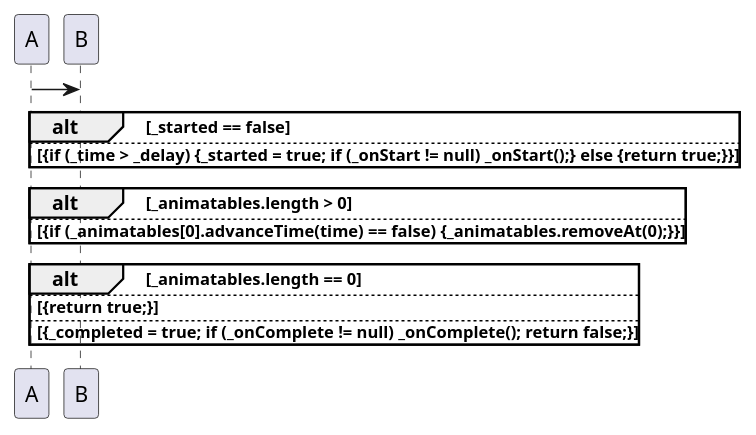
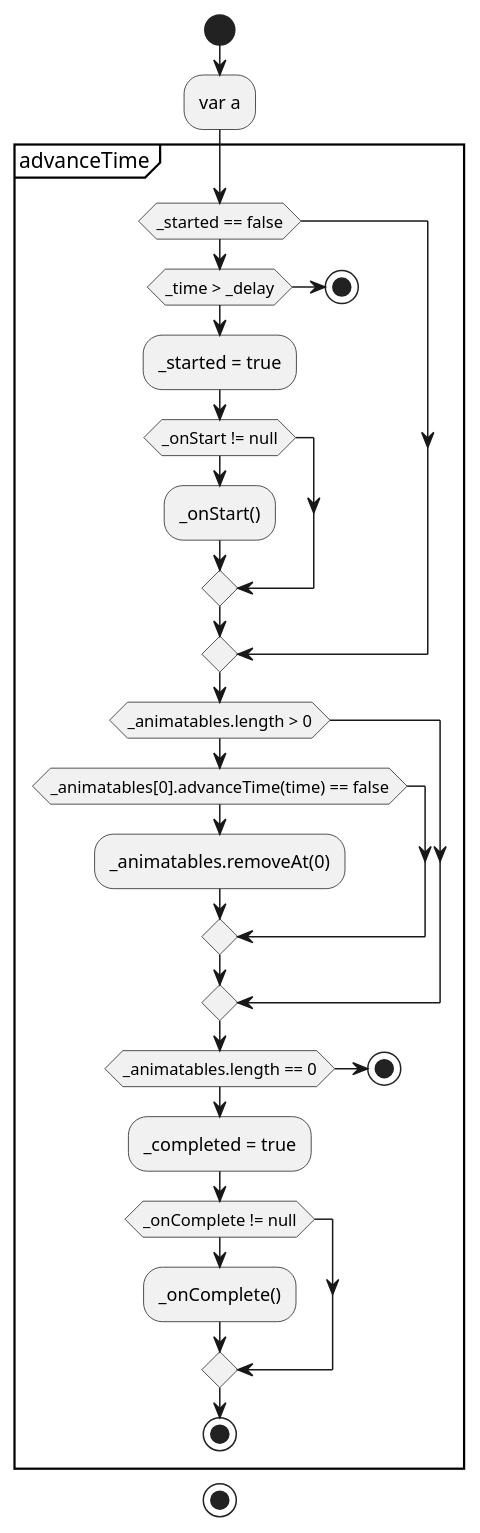
The diagram in Learning/bin/test.puml (jox81/experiment_dart), drawn with PlantUML before and after one commit. The commit also changed 1 other file, not shown here.

Commit message:
Sequence puml start

```diff
--- a/Learning/bin/test.puml
+++ b/Learning/bin/test.puml
@@ -1,14 +1,31 @@
 @startuml
-A -> B
-'_time += time;
-alt _started == false
-else {if (_time > _delay) {_started = true; if (_onStart != null) _onStart();} else {return true;}}
-end
-alt _animatables.length > 0
-else {if (_animatables[0].advanceTime(time) == false) {_animatables.removeAt(0);}}
-end
-alt _animatables.length == 0
-else {return true;}
-else {_completed = true; if (_onComplete != null) _onComplete(); return false;}
-end
+start
+:var a;
+partition advanceTime {
+if(_started == false) then
+if(_time > _delay) then
+:_started = true;
+if(_onStart != null) then
+:_onStart();
+endif
+else
+stop
+endif
+endif
+if(_animatables.length > 0) then
+if(_animatables[0].advanceTime(time) == false) then
+:_animatables.removeAt(0);
+endif
+endif
+if(_animatables.length == 0) then
+:_completed = true;
+if(_onComplete != null) then
+:_onComplete();
+endif
+stop
+else
+stop
+endif
+}
+stop
 @enduml
```
